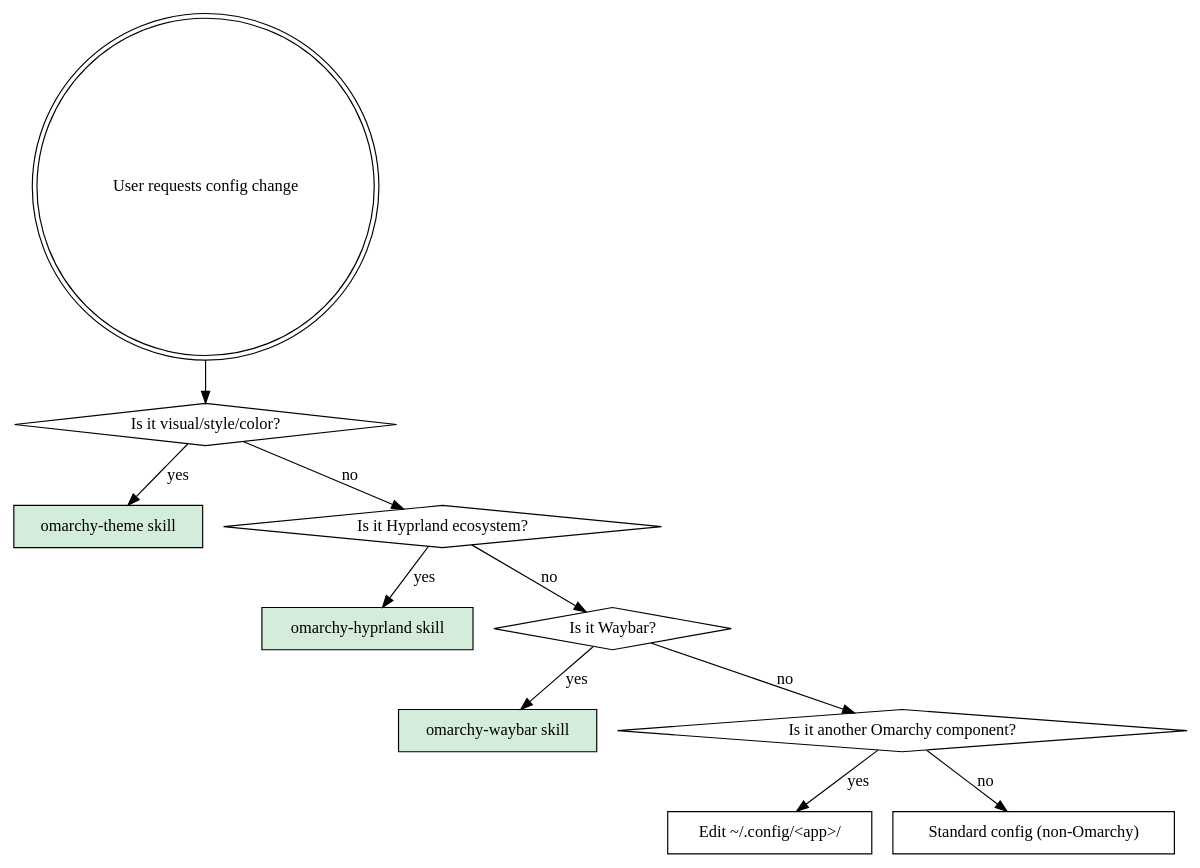
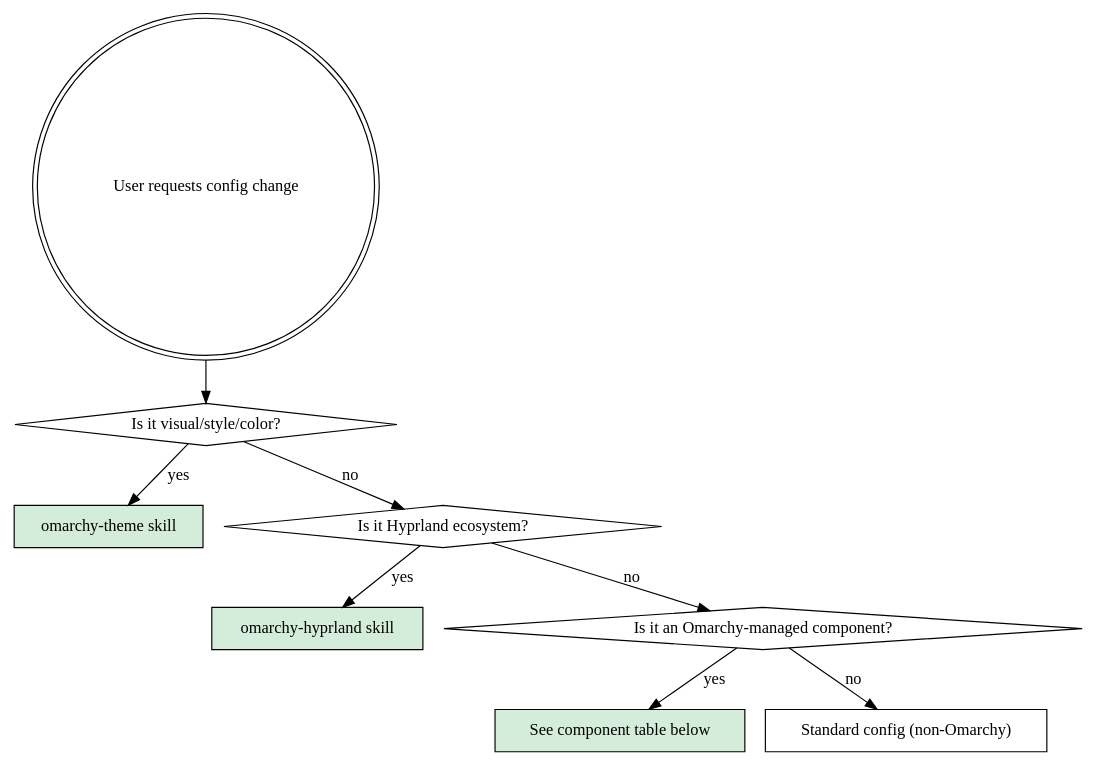
One commit to aldochaconc/omarchy-mcp changed the diagram in skills/omarchy-env/SKILL.md. Above: the diagram before and after it, drawn with Graphviz. The commit also changed other lines of this file and 2 other files, not shown here.

First line of the commit message:
refactor: remove standalone waybar skill, fold into env router

````diff
--- a/skills/omarchy-env/SKILL.md
+++ b/skills/omarchy-env/SKILL.md
@@ -29,24 +29,20 @@
 ```dot
 digraph classify {
     "User requests config change" [shape=doublecircle];
     "Is it visual/style/color?" [shape=diamond];
     "omarchy-theme skill" [shape=box, style=filled, fillcolor="#d4edda"];
     "Is it Hyprland ecosystem?" [shape=diamond];
     "omarchy-hyprland skill" [shape=box, style=filled, fillcolor="#d4edda"];
-    "Is it Waybar?" [shape=diamond];
-    "omarchy-waybar skill" [shape=box, style=filled, fillcolor="#d4edda"];
-    "Is it another Omarchy component?" [shape=diamond];
-    "Edit ~/.config/<app>/" [shape=box];
+    "Is it an Omarchy-managed component?" [shape=diamond];
+    "See component table below" [shape=box, style=filled, fillcolor="#d4edda"];
     "Standard config (non-Omarchy)" [shape=box];
 
     "User requests config change" -> "Is it visual/style/color?";
     "Is it visual/style/color?" -> "omarchy-theme skill" [label="yes"];
     "Is it visual/style/color?" -> "Is it Hyprland ecosystem?" [label="no"];
     "Is it Hyprland ecosystem?" -> "omarchy-hyprland skill" [label="yes"];
-    "Is it Hyprland ecosystem?" -> "Is it Waybar?" [label="no"];
-    "Is it Waybar?" -> "omarchy-waybar skill" [label="yes"];
-    "Is it Waybar?" -> "Is it another Omarchy component?" [label="no"];
-    "Is it another Omarchy component?" -> "Edit ~/.config/<app>/" [label="yes"];
-    "Is it another Omarchy component?" -> "Standard config (non-Omarchy)" [label="no"];
+    "Is it Hyprland ecosystem?" -> "Is it an Omarchy-managed component?" [label="no"];
+    "Is it an Omarchy-managed component?" -> "See component table below" [label="yes"];
+    "Is it an Omarchy-managed component?" -> "Standard config (non-Omarchy)" [label="no"];
 }
 ```
````
